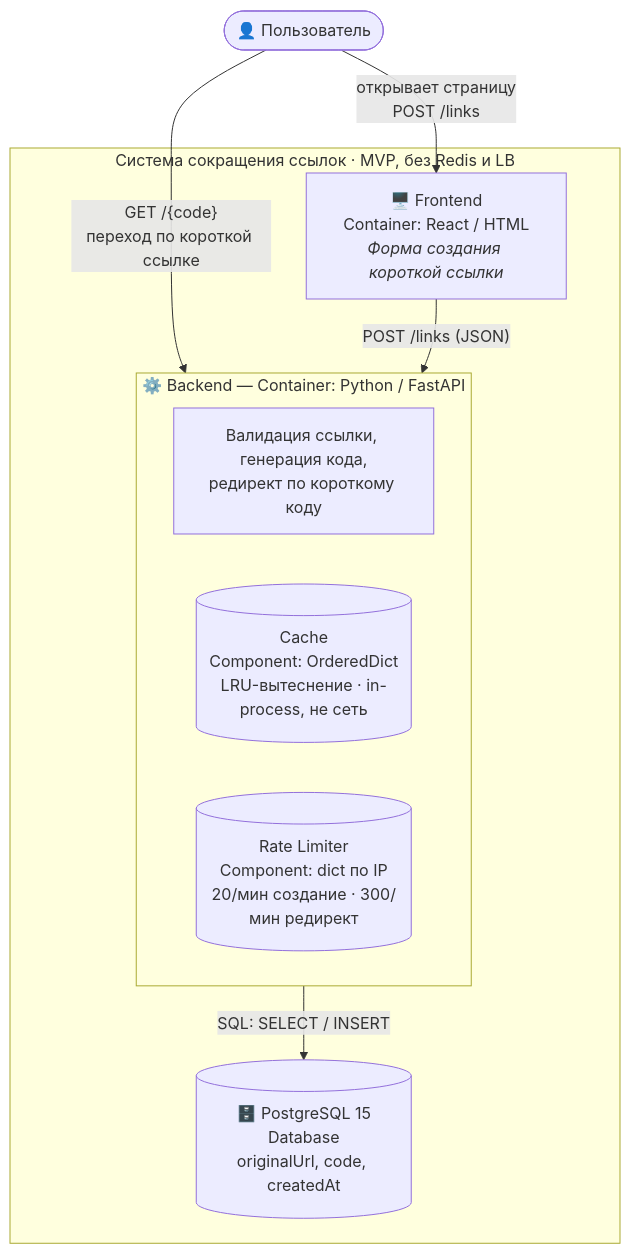
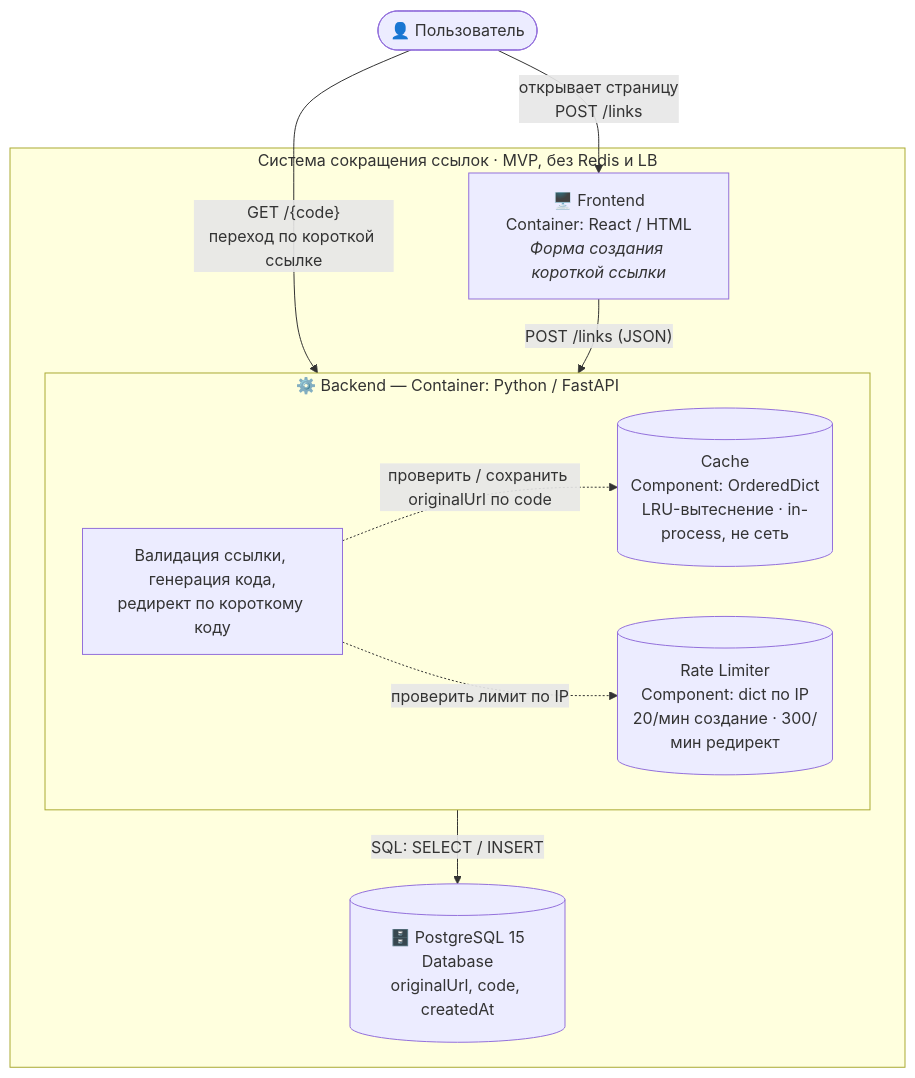
One commit to alisamagarova/shortener changed the first of 4 diagrams in README.md. Above: the diagram before and after it, drawn with Mermaid.

Commit message:
Show internal Backend interactions in the architecture diagram
Add dashed edges from the backend logic node to Cache and Rate Limiter
so the diagram conveys that both are used by the request-handling logic,
not just co-located inside the Backend container.

````diff
--- a/README.md
+++ b/README.md
@@ -24,21 +24,24 @@
 ```mermaid
 flowchart TB
     User(["👤 Пользователь"])
 
     subgraph SYS["Система сокращения ссылок · MVP, без Redis и LB"]
         FE["🖥️ Frontend<br/>Container: React / HTML<br/><i>Форма создания короткой ссылки</i>"]
 
         subgraph BE["⚙️ Backend — Container: Python / FastAPI"]
             LOGIC["Валидация ссылки, генерация кода,<br/>редирект по короткому коду"]
             CACHE[("Cache<br/>Component: OrderedDict<br/>LRU-вытеснение · in-process, не сеть")]
             RL[("Rate Limiter<br/>Component: dict по IP<br/>20/мин создание · 300/мин редирект")]
+
+            LOGIC -.->|"проверить / сохранить originalUrl по code"| CACHE
+            LOGIC -.->|"проверить лимит по IP"| RL
         end
 
         DB[("🗄️ PostgreSQL 15<br/>Database<br/>originalUrl, code, createdAt")]
     end
 
     User -->|"открывает страницу<br/>POST /links"| FE
     User -->|"GET /{code}<br/>переход по короткой ссылке"| BE
     FE -->|"POST /links (JSON)"| BE
     BE -->|"SQL: SELECT / INSERT"| DB
 ```
````
